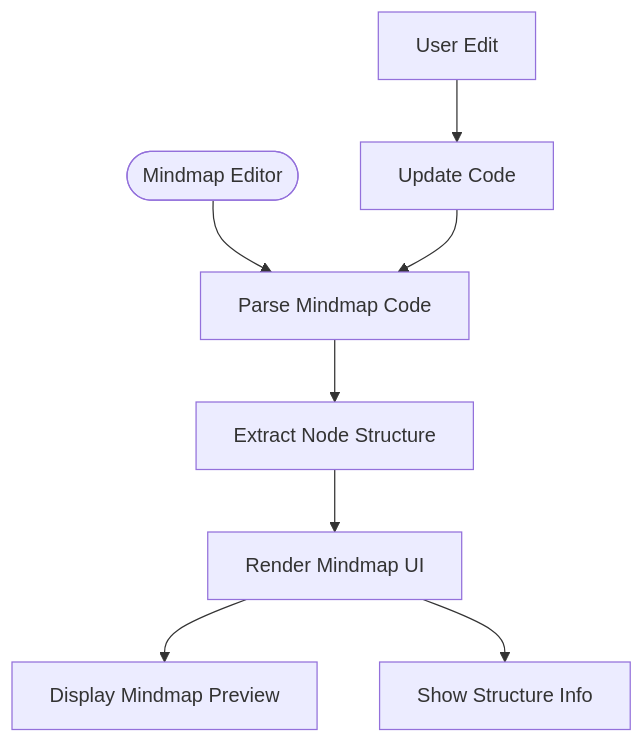
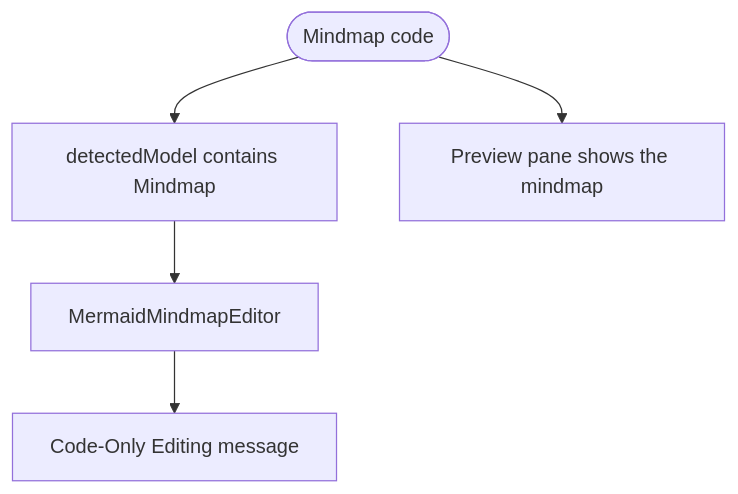
Before and after one commit to ongchonghian/universal-diagram-editor: the sixth of 10 diagrams in .qoder/repowiki/en/content/Diagram Types and Formats/Mermaid Diagrams/Advanced Chart Types.md, drawn with Mermaid. The commit also changed other lines of this file and 31 other files, not shown here.

````diff
--- a/.qoder/repowiki/en/content/Diagram Types and Formats/Mermaid Diagrams/Advanced Chart Types.md
+++ b/.qoder/repowiki/en/content/Diagram Types and Formats/Mermaid Diagrams/Advanced Chart Types.md
@@ -215,10 +192,7 @@
 ```mermaid
 flowchart TD
-Start(["Mindmap Editor"]) --> Parse["Parse Mindmap Code"]
-Parse --> Structure["Extract Node Structure"]
-Structure --> UI["Render Mindmap UI"]
-UI --> Preview["Display Mindmap Preview"]
-UI --> Sidebar["Show Structure Info"]
-Edit["User Edit"] --> Update["Update Code"]
-Update --> Parse
+Start(["Mindmap code"]) --> Detect["detectedModel contains Mindmap"]
+Detect --> Placeholder["MermaidMindmapEditor"]
+Placeholder --> Msg["Code-Only Editing message"]
+Start --> Preview["Preview pane shows the mindmap"]
 ```
````
